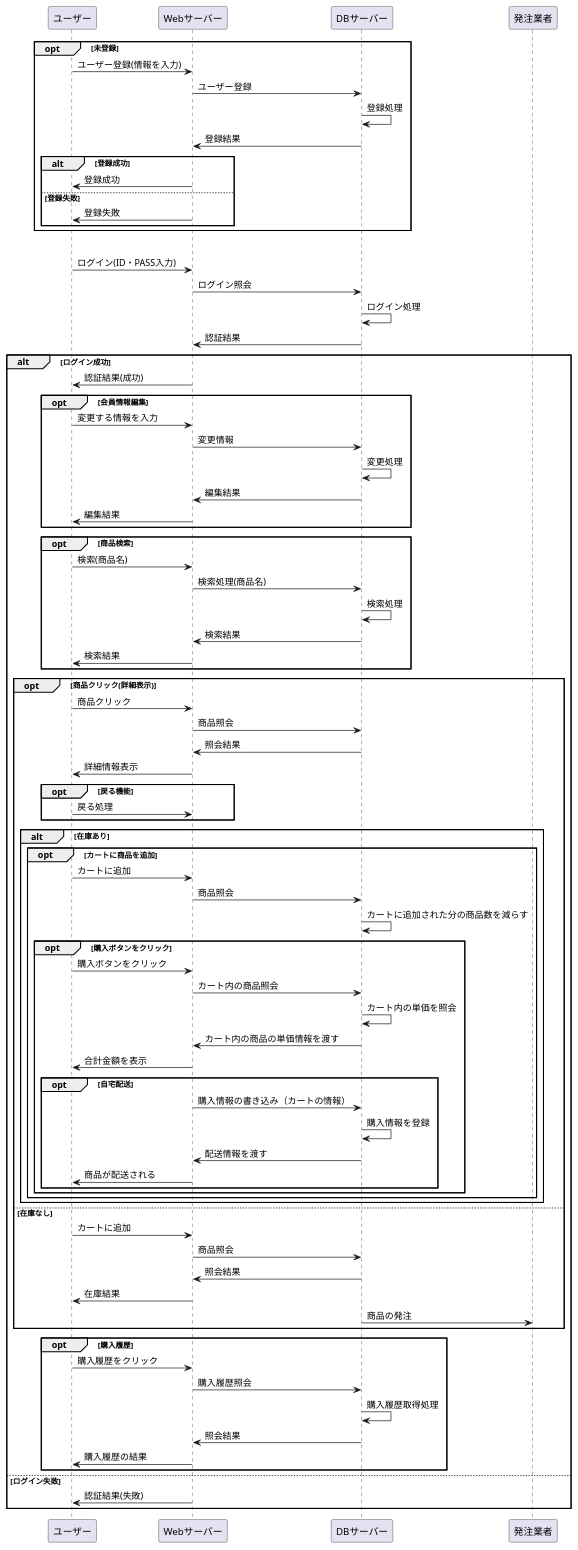
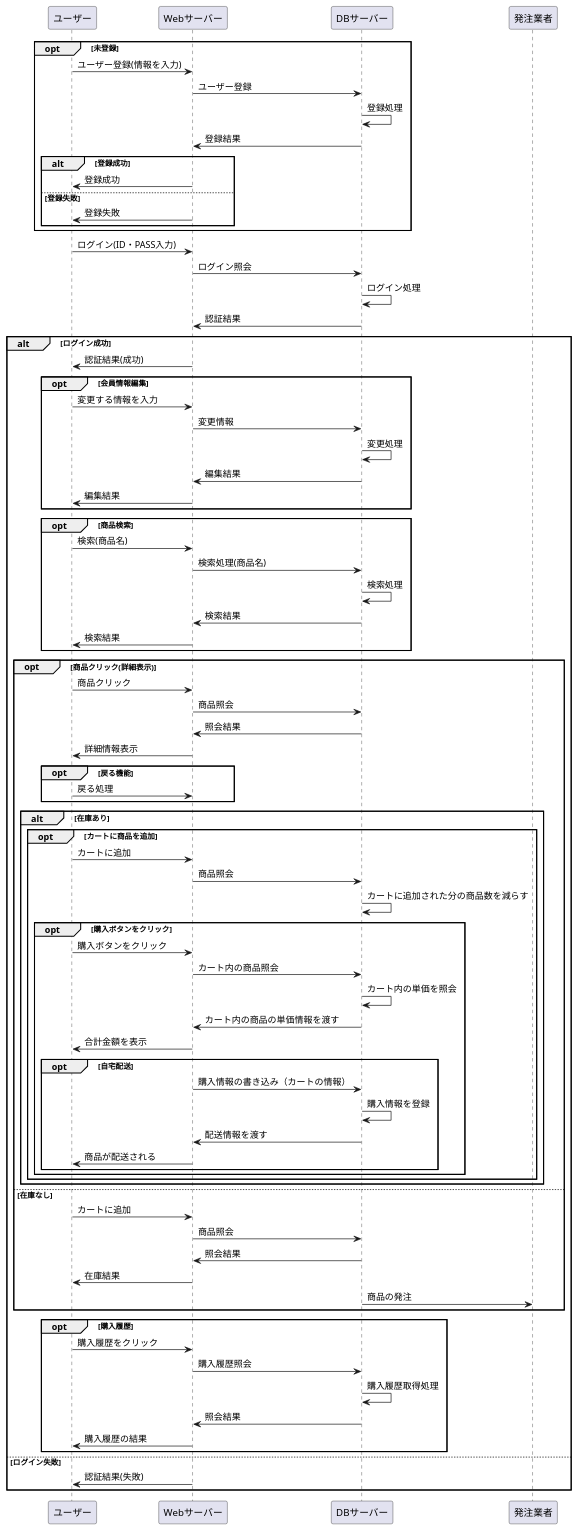
One commit to Aso2001227/Aso-Sports-1 changed the diagram in 設計書/02_業務フロー/business-flow-test.md. Above: the diagram before and after it, drawn with PlantUML.

`````diff
--- a/設計書/02_業務フロー/business-flow-test.md
+++ b/設計書/02_業務フロー/business-flow-test.md
@@ -19,7 +19,6 @@
 
 
 
-opt ログイン認証
 ユーザー -> Webサーバー : ログイン(ID・PASS入力)
 Webサーバー -> DBサーバー : ログイン照会
 DBサーバー -> DBサーバー : ログイン処理
@@ -126,6 +125,5 @@
 else ログイン失敗
 Webサーバー -> ユーザー : 認証結果(失敗)
 end
-
 @enduml
 ````
`````
